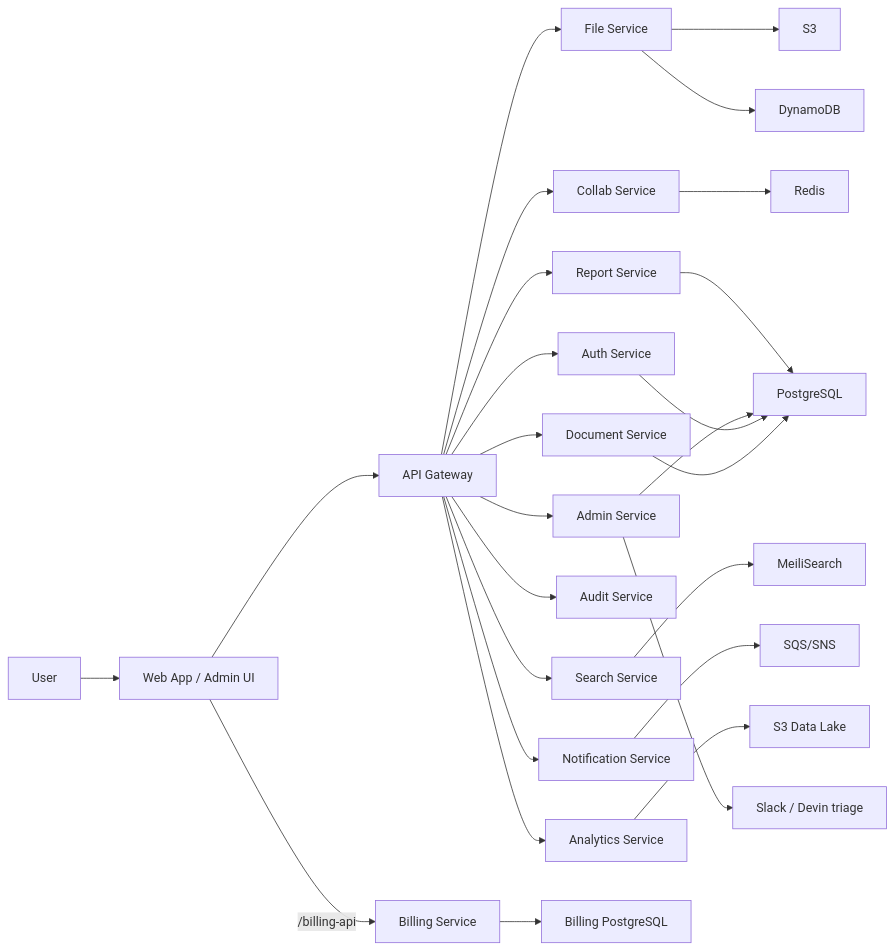
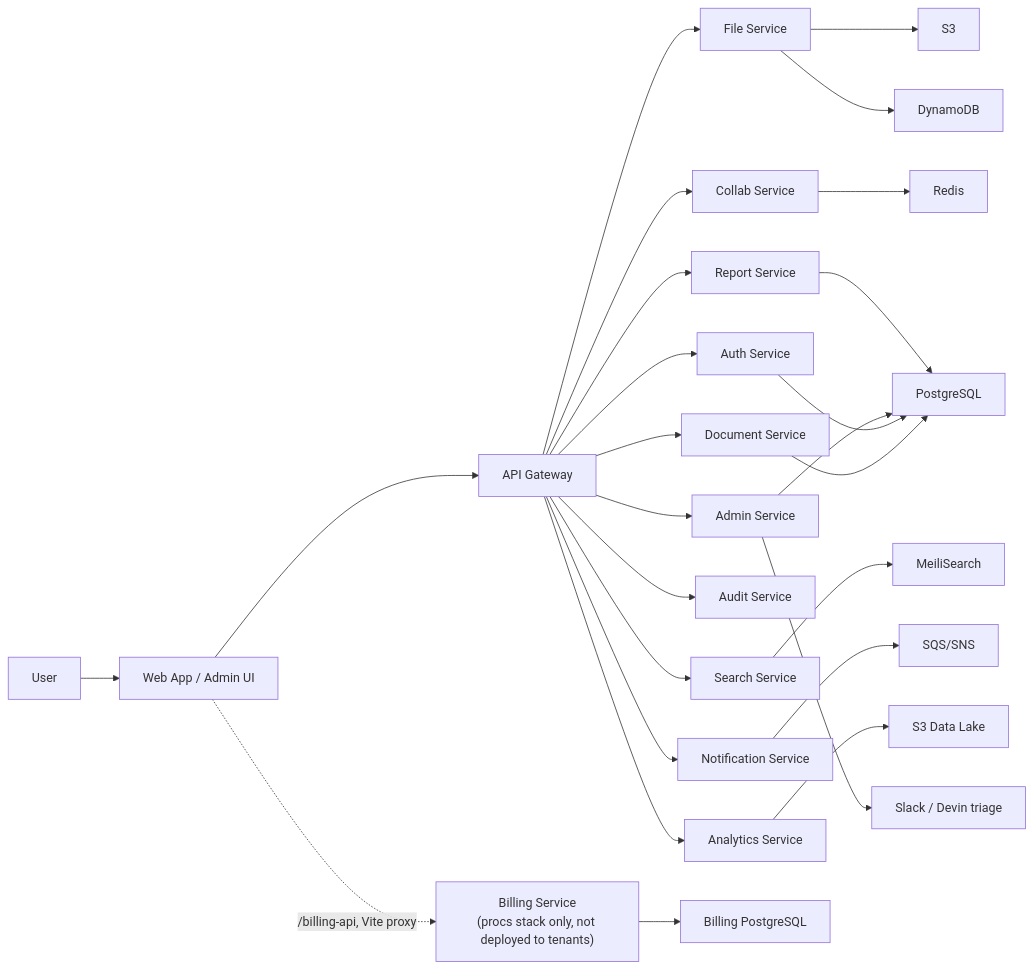
One commit to COG-GTM/otterworks changed the first of 14 diagrams in docs/flows.md. Above: the diagram before and after it, drawn with Mermaid. The commit also changed 1 other file, not shown here.

Commit message:
bug: mark billing-service as not deployed to tenants in architecture overview and flows map

````diff
--- a/docs/flows.md
+++ b/docs/flows.md
@@ -7,28 +7,28 @@
 ```mermaid
 flowchart LR
   U[User] --> W[Web App / Admin UI]
   W --> G[API Gateway]
   G --> A[Auth Service]
   G --> F[File Service]
   G --> D[Document Service]
   G --> C[Collab Service]
   G --> S[Search Service]
   G --> N[Notification Service]
   G --> AU[Audit Service]
   G --> AN[Analytics Service]
   G --> R[Report Service]
   G --> AD[Admin Service]
-  W -->|/billing-api| B[Billing Service]
+  W -.->|/billing-api, Vite proxy| B["Billing Service<br/>(procs stack only, not deployed to tenants)"]
   F --> S3[S3]
   F --> DD[DynamoDB]
   D --> PG[PostgreSQL]
   A --> PG
   AD --> PG
   R --> PG
   B --> BPG[Billing PostgreSQL]
   AD --> SL[Slack / Devin triage]
   C --> RE[Redis]
   S --> MS[MeiliSearch]
   N --> Q[SQS/SNS]
   AN --> DL[S3 Data Lake]
 ```
````
